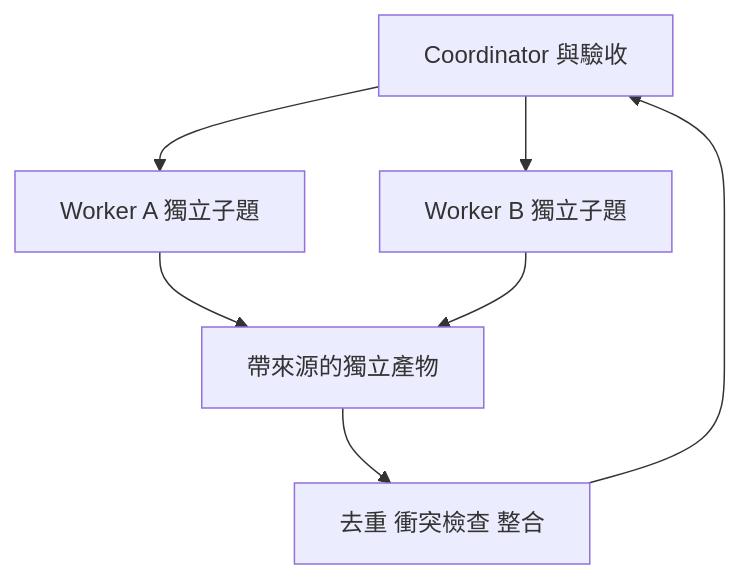
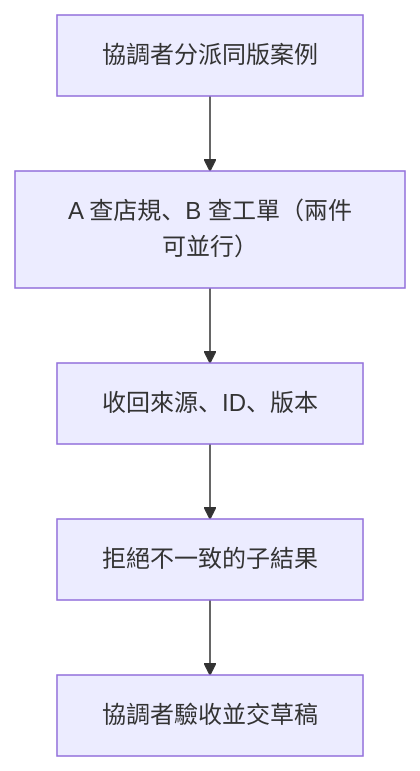
The diagram in chapters/protocols/10-multi-agent-and-a2a/lesson.md (easyvibecoding/Agent-Engineering), drawn with Mermaid before and after one commit. The commit also changed other lines of this file and 139 other files, not shown here.

````diff
--- a/chapters/protocols/10-multi-agent-and-a2a/lesson.md
+++ b/chapters/protocols/10-multi-agent-and-a2a/lesson.md
@@ -37,9 +62,12 @@
 ```mermaid
 flowchart TD
-  C["Coordinator 與驗收"] --> A["Worker A 獨立子題"]
-  C --> B["Worker B 獨立子題"]
-  A --> X["帶來源的獨立產物"]
-  B --> X
-  X --> V["去重 衝突檢查 整合"]
-  V --> C
+    A["協調者分派同版案例"]
+    B["A 查店規、B 查工單（兩件可並行）"]
+    C["收回來源、ID、版本"]
+    D["拒絕不一致的子結果"]
+    E["協調者驗收並交草稿"]
+    A --> B
+    B --> C
+    C --> D
+    D --> E
 ```
````
